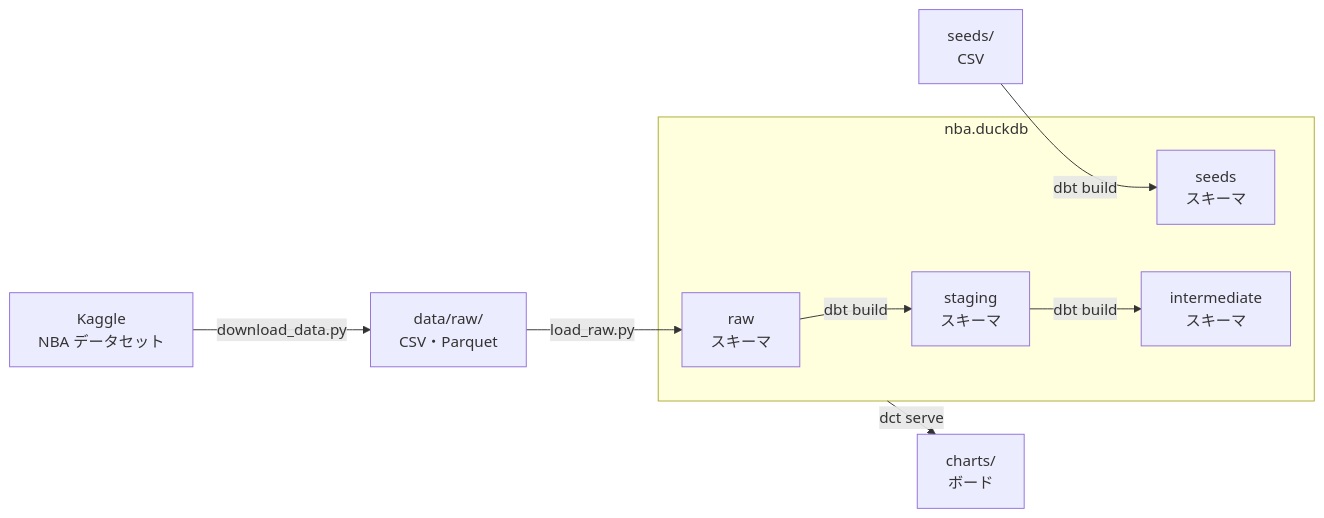
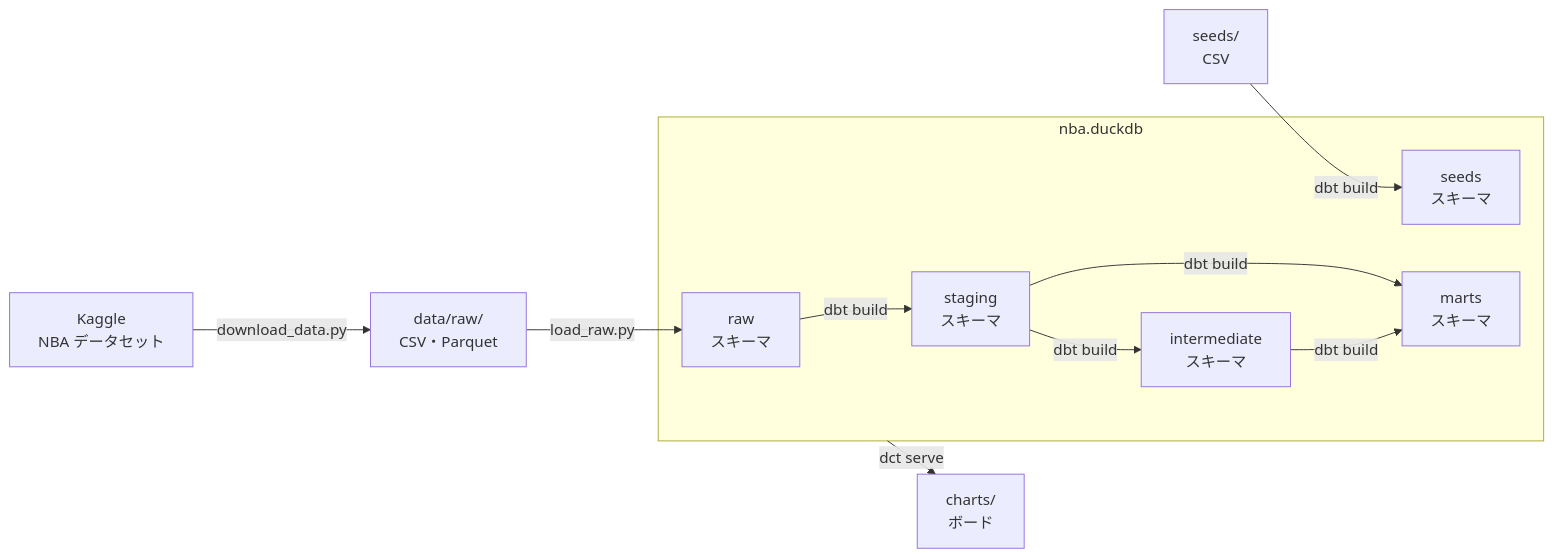
One commit to ryatora/nba-dbt-playground changed the diagram in README.md. Above: the diagram before and after it, drawn with Mermaid. The commit also changed other lines of this file and 1 other file, not shown here.

Commit message:
README と overview に marts の層を書く

````diff
--- a/README.md
+++ b/README.md
@@ -70,12 +70,14 @@
 ```mermaid
 flowchart LR
     kaggle["Kaggle<br>NBA データセット"] -->|download_data.py| raw_files["data/raw/<br>CSV・Parquet"]
     raw_files -->|load_raw.py| raw_schema
     seed_files["seeds/<br>CSV"] -->|dbt build| seeds_schema
     subgraph duckdb["nba.duckdb"]
         raw_schema["raw<br>スキーマ"] -->|dbt build| staging["staging<br>スキーマ"]
         staging -->|dbt build| intermediate["intermediate<br>スキーマ"]
+        staging -->|dbt build| marts["marts<br>スキーマ"]
+        intermediate -->|dbt build| marts
         seeds_schema["seeds<br>スキーマ"]
     end
     duckdb -->|dct serve| charts["charts/<br>ボード"]
 ```
````
